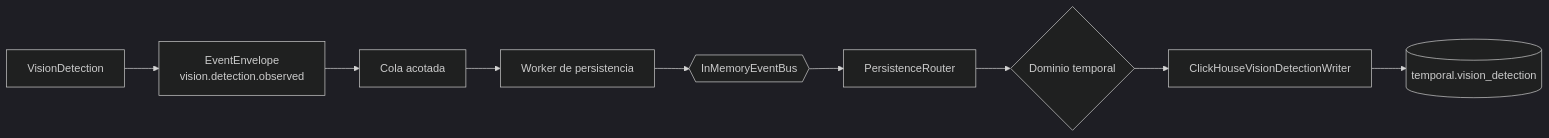
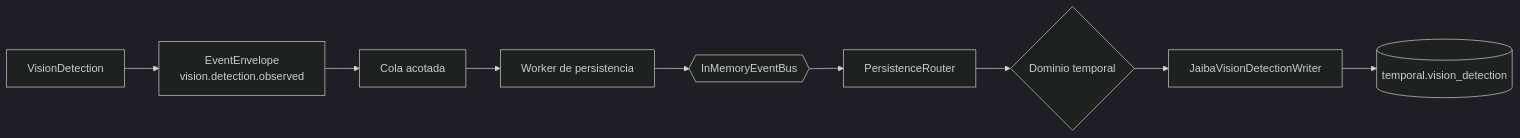
Before and after one commit to dfr2098/broder: the fifth of 9 diagrams in core/rs/ARCHITECTURE.md, drawn with Mermaid (dark theme). The commit also changed other lines of this file and 26 other files, not shown here.

````diff
--- a/core/rs/ARCHITECTURE.md
+++ b/core/rs/ARCHITECTURE.md
@@ -231,11 +231,11 @@
 ```mermaid
 flowchart LR
     DET[VisionDetection] --> ENV[EventEnvelope<br/>vision.detection.observed]
     ENV --> QUEUE[Cola acotada]
     QUEUE --> WORKER[Worker de persistencia]
     WORKER --> BUS{{InMemoryEventBus}}
     BUS --> ROUTER[PersistenceRouter]
     ROUTER --> POLICY{Dominio temporal}
-    POLICY --> WRITER[ClickHouseVisionDetectionWriter]
+    POLICY --> WRITER[JaibaVisionDetectionWriter]
     WRITER --> TABLE[(temporal.vision_detection)]
 ```
````
